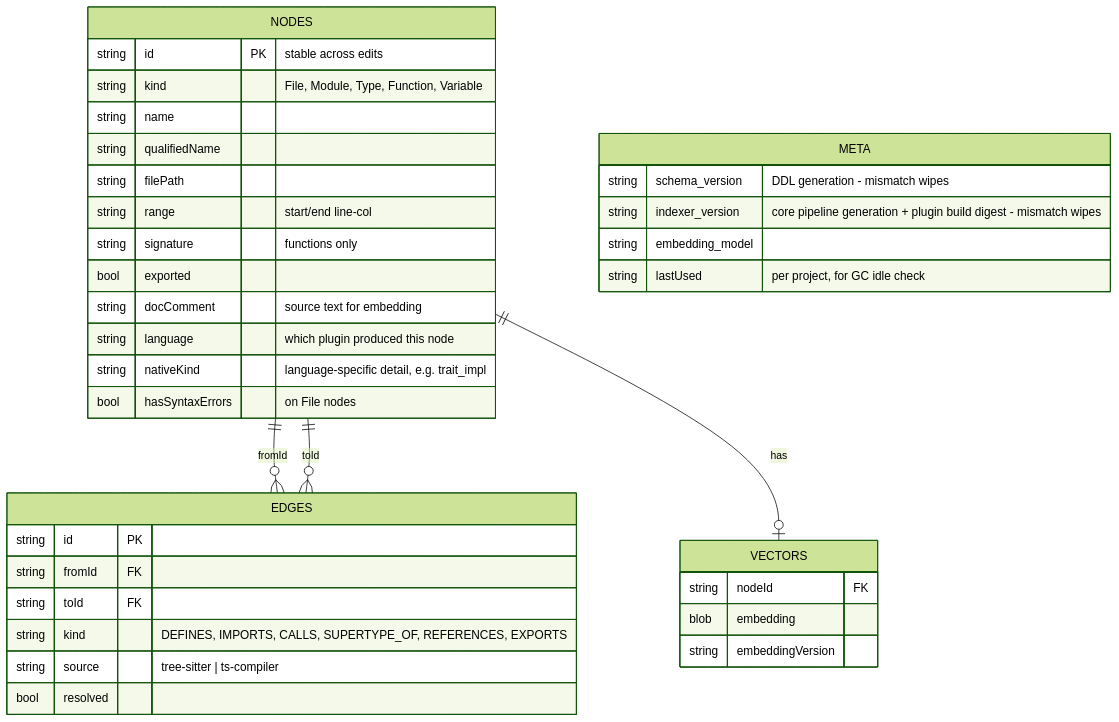
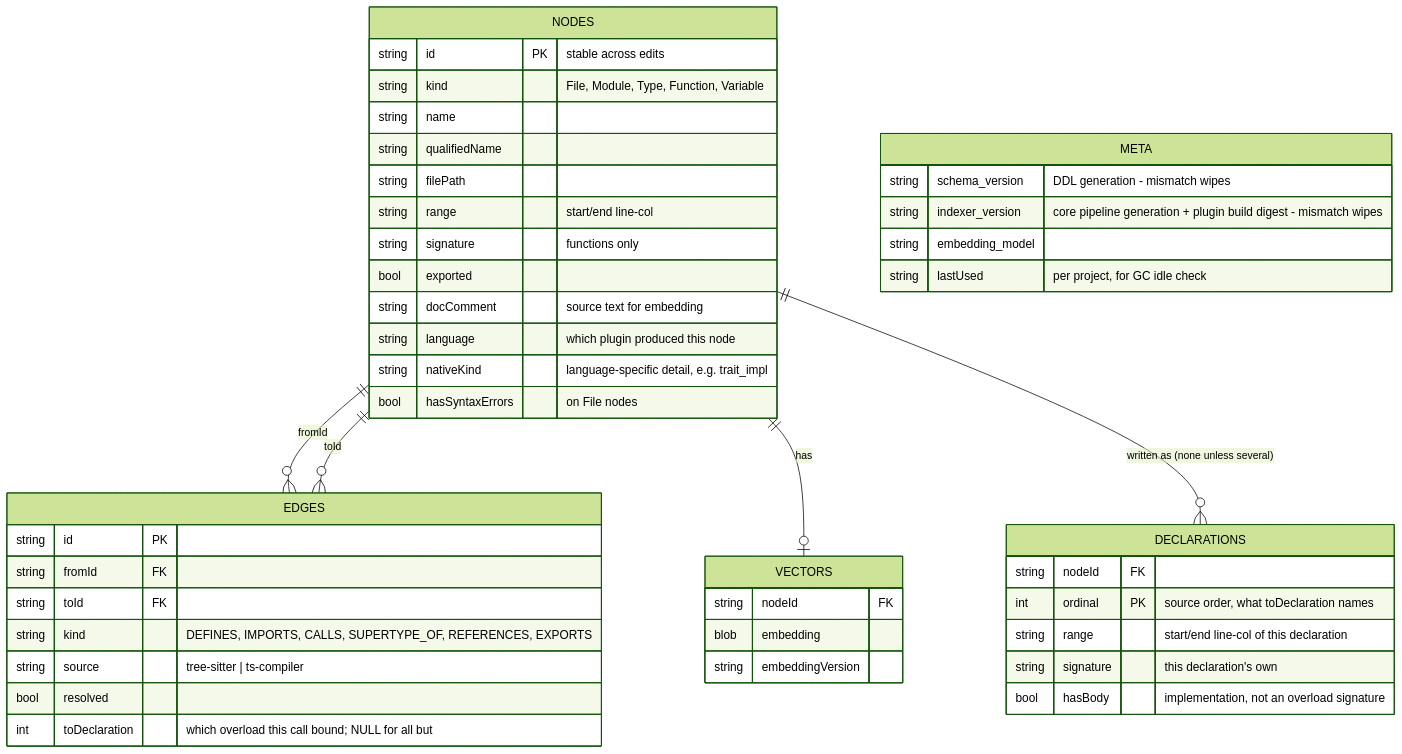
One commit to madmurdok/g-mesh changed the fifth of 5 diagrams in docs/architecture/g-mesh-v1.md. Above: the diagram before and after it, drawn with Mermaid (forest theme). The commit also changed other lines of this file and 17 other files, not shown here.

````diff
--- a/docs/architecture/g-mesh-v1.md
+++ b/docs/architecture/g-mesh-v1.md
@@ -559,39 +559,48 @@
 ```mermaid
 erDiagram
     NODES {
         string id PK "stable across edits"
         string kind "File, Module, Type, Function, Variable"
         string name
         string qualifiedName
         string filePath
         string range "start/end line-col"
         string signature "functions only"
         bool exported
         string docComment "source text for embedding"
         string language "which plugin produced this node"
         string nativeKind "language-specific detail, e.g. trait_impl"
         bool hasSyntaxErrors "on File nodes"
     }
+    DECLARATIONS {
+        string nodeId FK
+        int ordinal PK "source order, what toDeclaration names"
+        string range "start/end line-col of this declaration"
+        string signature "this declaration's own"
+        bool hasBody "implementation, not an overload signature"
+    }
     EDGES {
         string id PK
         string fromId FK
         string toId FK
         string kind "DEFINES, IMPORTS, CALLS, SUPERTYPE_OF, REFERENCES, EXPORTS"
         string source "tree-sitter | ts-compiler"
         bool resolved
+        int toDeclaration "which overload this call bound; NULL for all but"
     }
     VECTORS {
         string nodeId FK
         blob embedding
         string embeddingVersion
     }
     META {
         string schema_version "DDL generation - mismatch wipes"
         string indexer_version "core pipeline generation + plugin build digest - mismatch wipes"
         string embedding_model
         string lastUsed "per project, for GC idle check"
     }
     NODES ||--o{ EDGES : "fromId"
     NODES ||--o{ EDGES : "toId"
     NODES ||--o| VECTORS : "has"
+    NODES ||--o{ DECLARATIONS : "written as (none unless several)"
 ```
````
